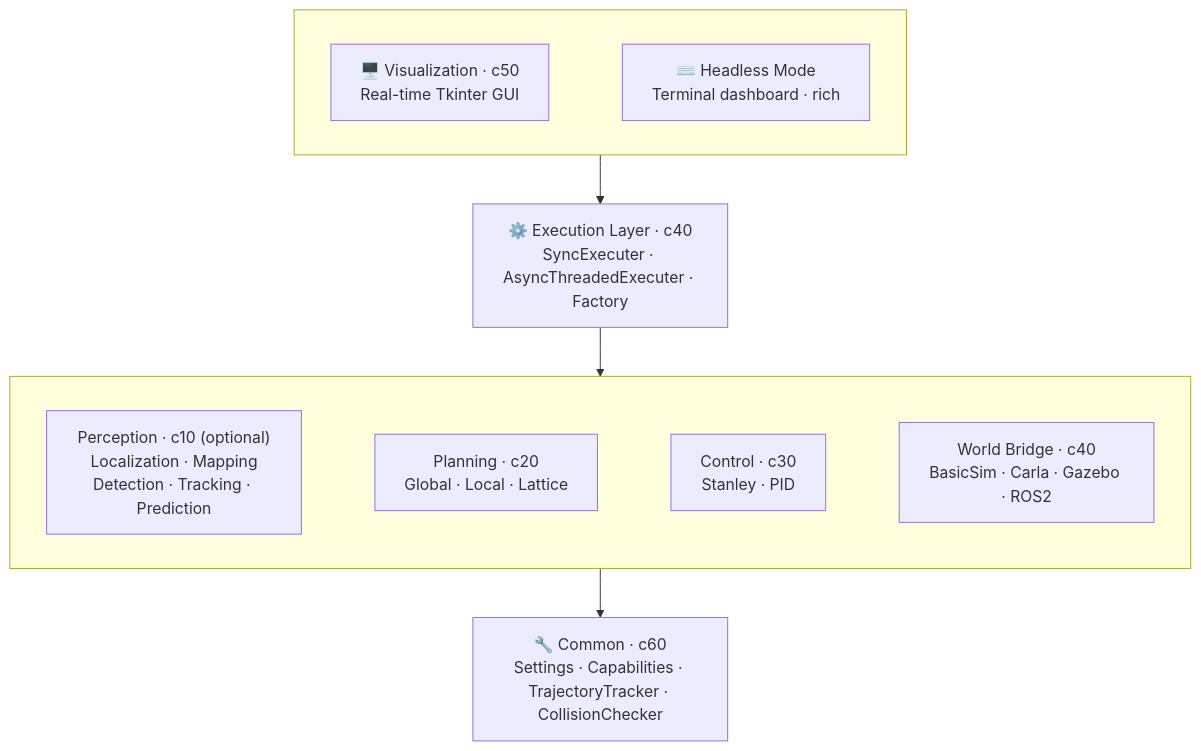
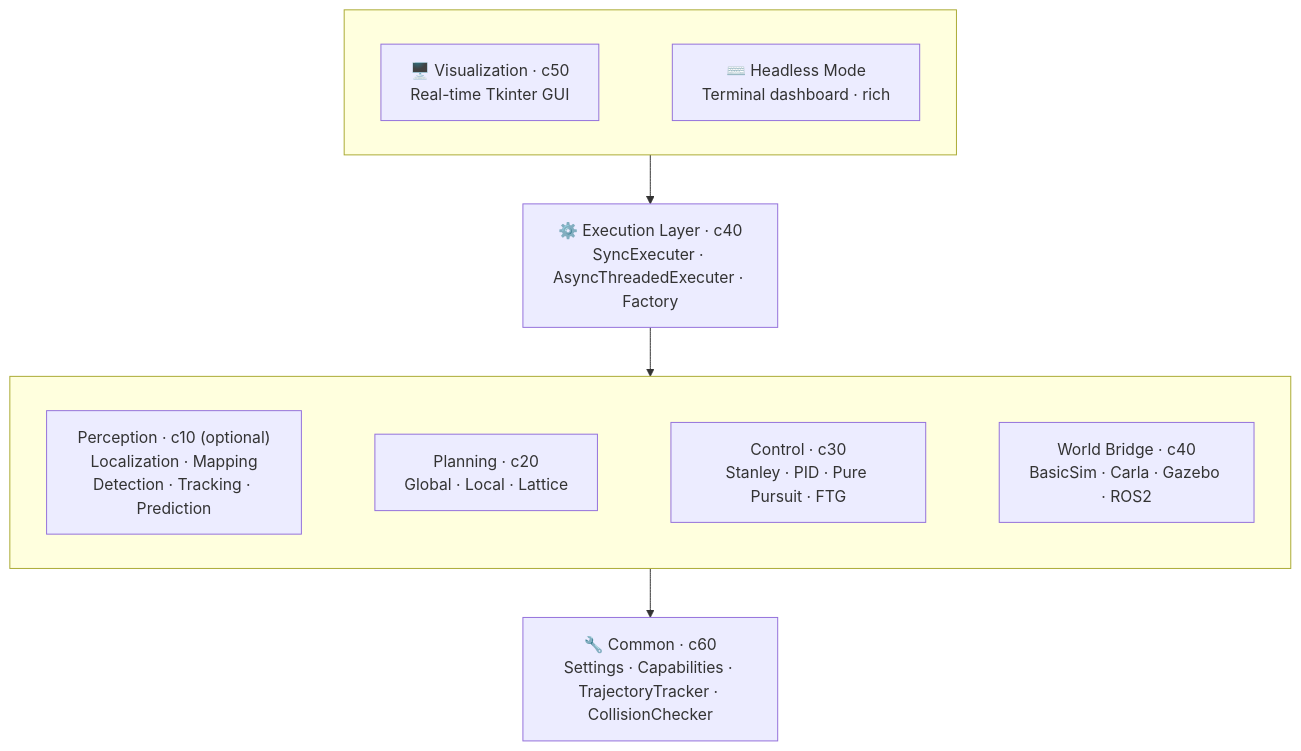
Before and after one commit to AV-Lab/avlite: the diagram in README.md, drawn with Mermaid. The commit also changed other lines of this file and 86 other files, not shown here.

First line of the commit message:
Release 0.4.5: typed map capabilities, MayUse soft deps, Pure Pursuit/FTG, and stack contract validation.

````diff
--- a/README.md
+++ b/README.md
@@ -61,26 +61,26 @@
 ```mermaid
 flowchart TB
     subgraph ENTRY[" "]
         direction LR
         VIZ["🖥️ Visualization · c50\nReal-time Tkinter GUI"]
         HL["⌨️ Headless Mode\nTerminal dashboard · rich"]
         VIZ ~~~ HL
     end
 
     EXEC["⚙️ Execution Layer · c40\nSyncExecuter · AsyncThreadedExecuter · Factory"]
 
     subgraph COMPONENTS[" "]
         direction LR
         PERC["Perception · c10 (optional)\nLocalization · Mapping\nDetection · Tracking · Prediction"]
         PLAN["Planning · c20\nGlobal · Local · Lattice"]
-        CTRL["Control · c30\nStanley · PID"]
+        CTRL["Control · c30\nStanley · PID · Pure Pursuit · FTG"]
         WB["World Bridge · c40\nBasicSim · Carla · Gazebo · ROS2"]
         PERC ~~~ PLAN ~~~ CTRL ~~~ WB
     end
 
     COMMON["🔧 Common · c60\nSettings · Capabilities · TrajectoryTracker · CollisionChecker"]
 
     ENTRY --> EXEC
     EXEC --> COMPONENTS
     COMPONENTS --> COMMON
 ```
````
